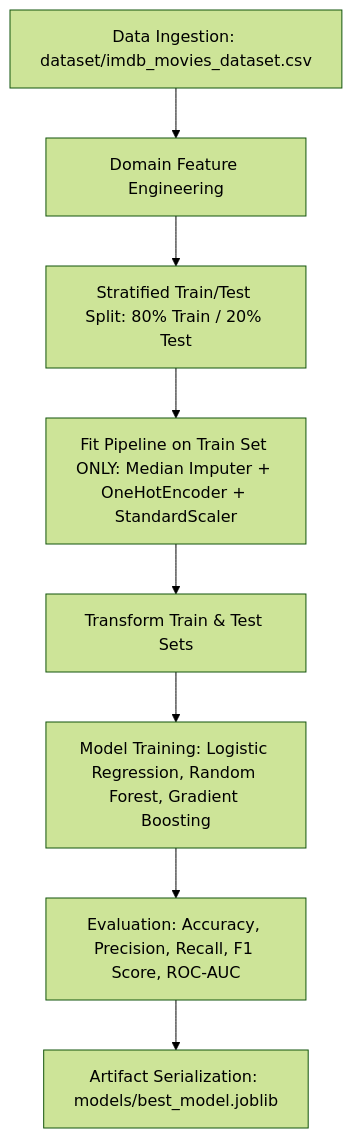
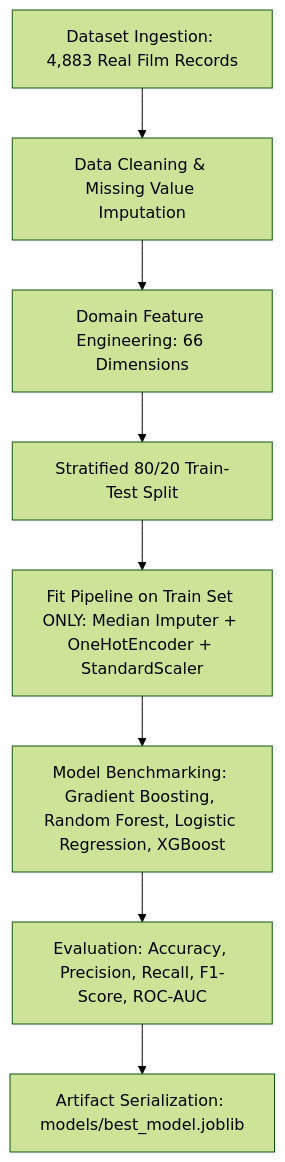
Before and after one commit to iamharishrohith/CineIntelligence: the second of 2 diagrams in DOCUMENTATION.md, drawn with Mermaid (forest theme). The commit also changed other lines of this file and 1 other file, not shown here.

````diff
--- a/DOCUMENTATION.md
+++ b/DOCUMENTATION.md
@@ -68,10 +70,10 @@
 ```mermaid
 graph TD
-    A[Data Ingestion: dataset/imdb_movies_dataset.csv] --> B[Domain Feature Engineering]
-    B --> C[Stratified Train/Test Split: 80% Train / 20% Test]
-    C --> D[Fit Pipeline on Train Set ONLY: Median Imputer + OneHotEncoder + StandardScaler]
-    D --> E[Transform Train & Test Sets]
-    E --> F[Model Training: Logistic Regression, Random Forest, Gradient Boosting]
-    F --> G[Evaluation: Accuracy, Precision, Recall, F1 Score, ROC-AUC]
+    A[Dataset Ingestion: 4,883 Real Film Records] --> B[Data Cleaning & Missing Value Imputation]
+    B --> C[Domain Feature Engineering: 66 Dimensions]
+    C --> D[Stratified 80/20 Train-Test Split]
+    D --> E[Fit Pipeline on Train Set ONLY: Median Imputer + OneHotEncoder + StandardScaler]
+    E --> F[Model Benchmarking: Gradient Boosting, Random Forest, Logistic Regression, XGBoost]
+    F --> G[Evaluation: Accuracy, Precision, Recall, F1-Score, ROC-AUC]
     G --> H[Artifact Serialization: models/best_model.joblib]
 ```
````
